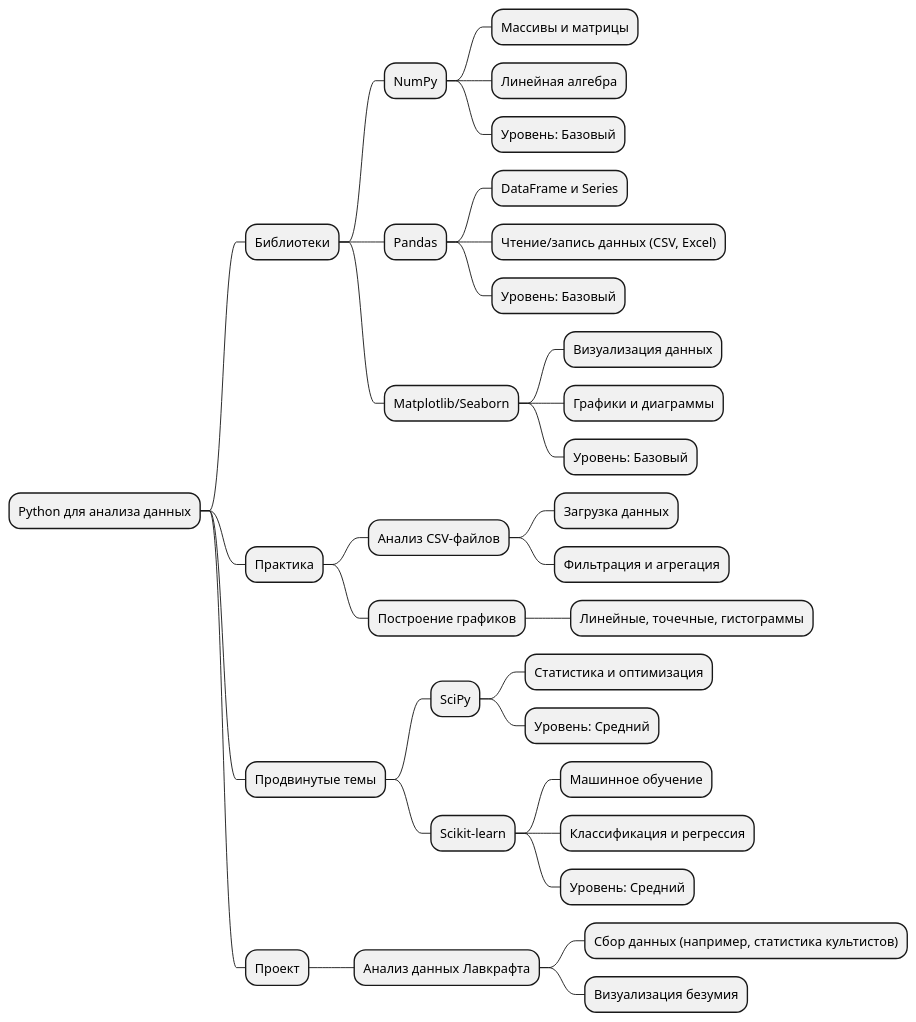
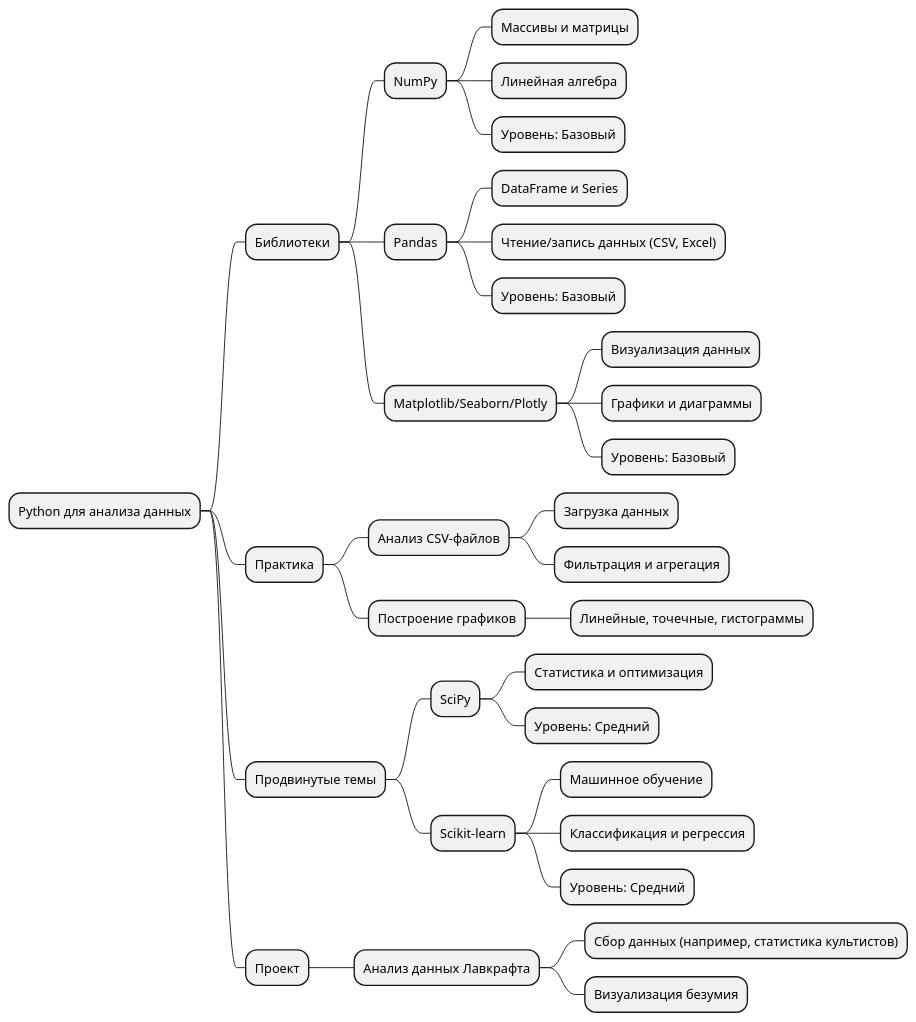
One commit to ErikNeph/ErikNeph_Obsidian changed the first of 5 diagrams in Roadmap/Направления в Python в формате PlantUML.md. Above: the diagram before and after it, drawn with PlantUML. The commit also changed other lines of this file and 17 other files, not shown here.

````diff
--- a/Roadmap/Направления в Python в формате PlantUML.md
+++ b/Roadmap/Направления в Python в формате PlantUML.md
@@ -24,36 +24,36 @@
 ```plantuml
 @startmindmap
 * Python для анализа данных
 ** Библиотеки
 *** NumPy
 **** Массивы и матрицы
 **** Линейная алгебра
 **** Уровень: Базовый
 *** Pandas
 **** DataFrame и Series
 **** Чтение/запись данных (CSV, Excel)
 **** Уровень: Базовый
-*** Matplotlib/Seaborn
+*** Matplotlib/Seaborn/Plotly
 **** Визуализация данных
 **** Графики и диаграммы
 **** Уровень: Базовый
 ** Практика
 *** Анализ CSV-файлов
 **** Загрузка данных
 **** Фильтрация и агрегация
 *** Построение графиков
 **** Линейные, точечные, гистограммы
 ** Продвинутые темы
 *** SciPy
 **** Статистика и оптимизация
 **** Уровень: Средний
 *** Scikit-learn
 **** Машинное обучение
 **** Классификация и регрессия
 **** Уровень: Средний
 ** Проект
 *** Анализ данных Лавкрафта
 **** Сбор данных (например, статистика культистов)
 **** Визуализация безумия
 @endmindmap
 ```
````
